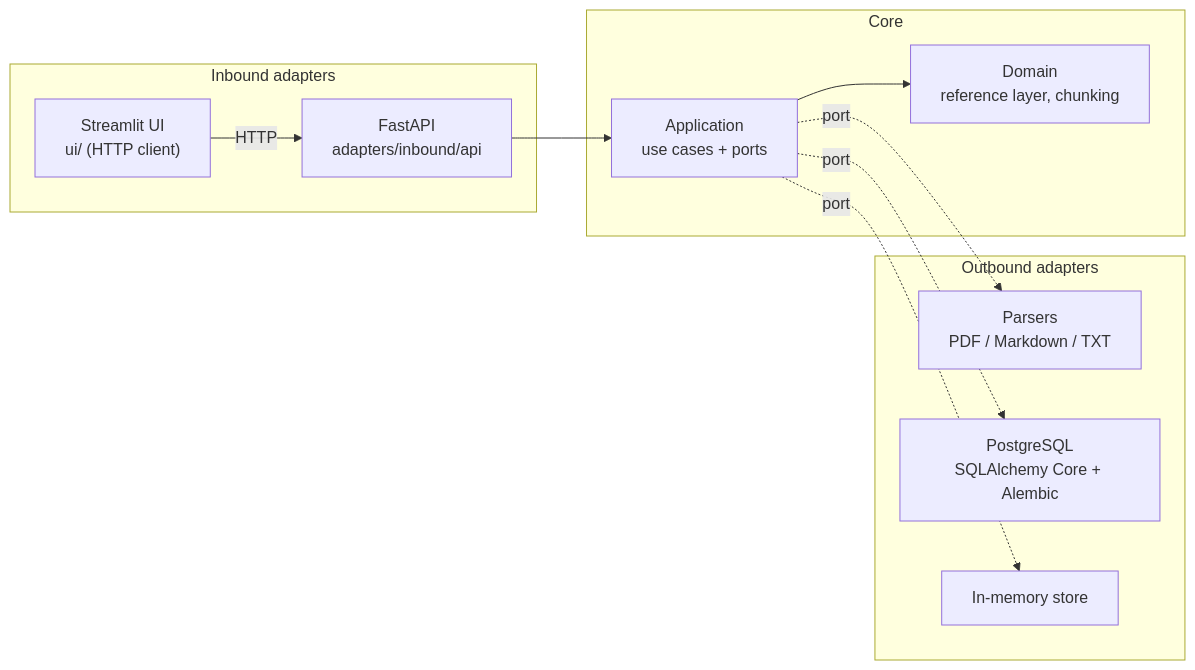
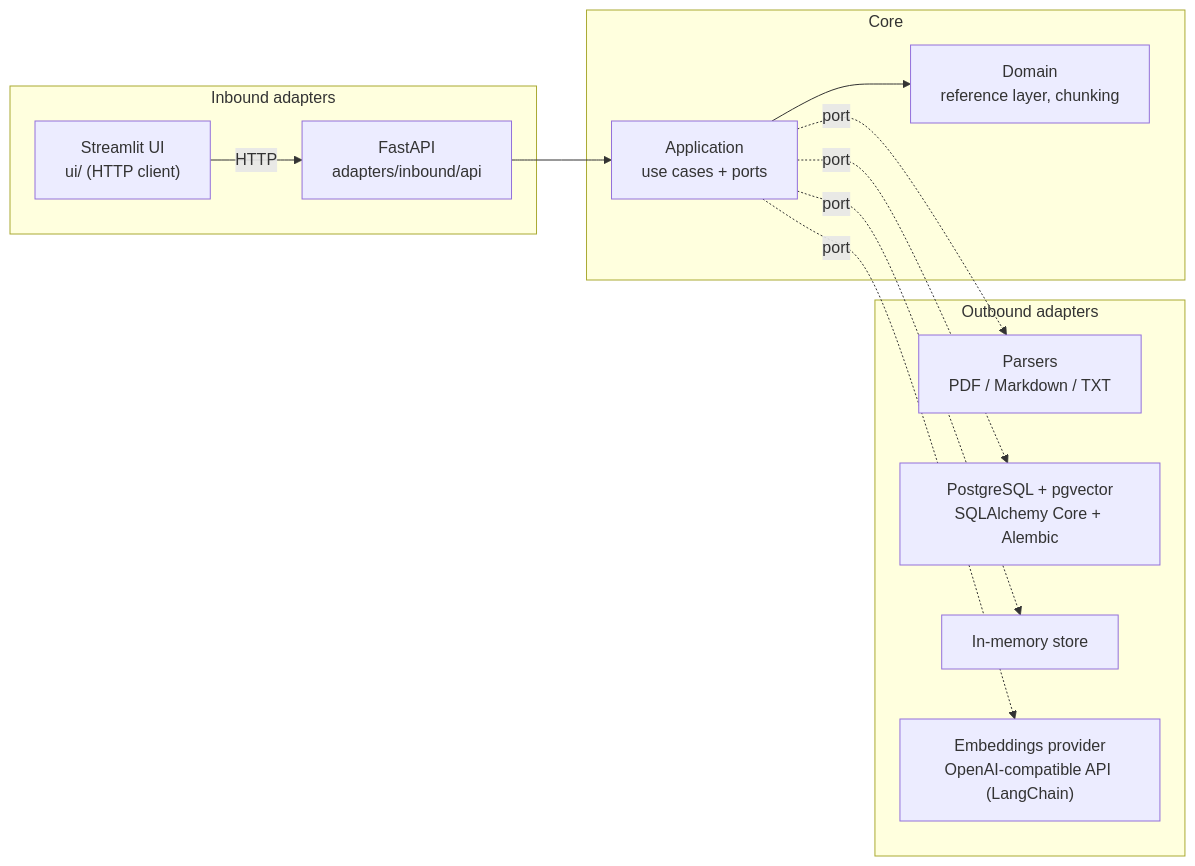
One commit to lutian/RAG-Benchmark-Lab changed the first of 3 diagrams in docs/en/architecture.md. Above: the diagram before and after it, drawn with Mermaid. The commit also changed other lines of this file and 16 other files, not shown here.

Commit message:
docs: document indexing, embeddings adapter and pgvector storage

````diff
--- a/docs/en/architecture.md
+++ b/docs/en/architecture.md
@@ -9,22 +9,24 @@
 ```mermaid
 flowchart LR
     subgraph Inbound["Inbound adapters"]
         API["FastAPI<br/>adapters/inbound/api"]
         UI["Streamlit UI<br/>ui/ (HTTP client)"]
     end
     subgraph Core["Core"]
         APP["Application<br/>use cases + ports"]
         DOM["Domain<br/>reference layer, chunking"]
     end
     subgraph Outbound["Outbound adapters"]
         PAR["Parsers<br/>PDF / Markdown / TXT"]
-        PG["PostgreSQL<br/>SQLAlchemy Core + Alembic"]
+        PG["PostgreSQL + pgvector<br/>SQLAlchemy Core + Alembic"]
         MEM["In-memory store"]
+        EMB["Embeddings provider<br/>OpenAI-compatible API (LangChain)"]
     end
     UI -- HTTP --> API
     API --> APP
     APP --> DOM
     APP -. port .-> PAR
     APP -. port .-> PG
     APP -. port .-> MEM
+    APP -. port .-> EMB
 ```
````
